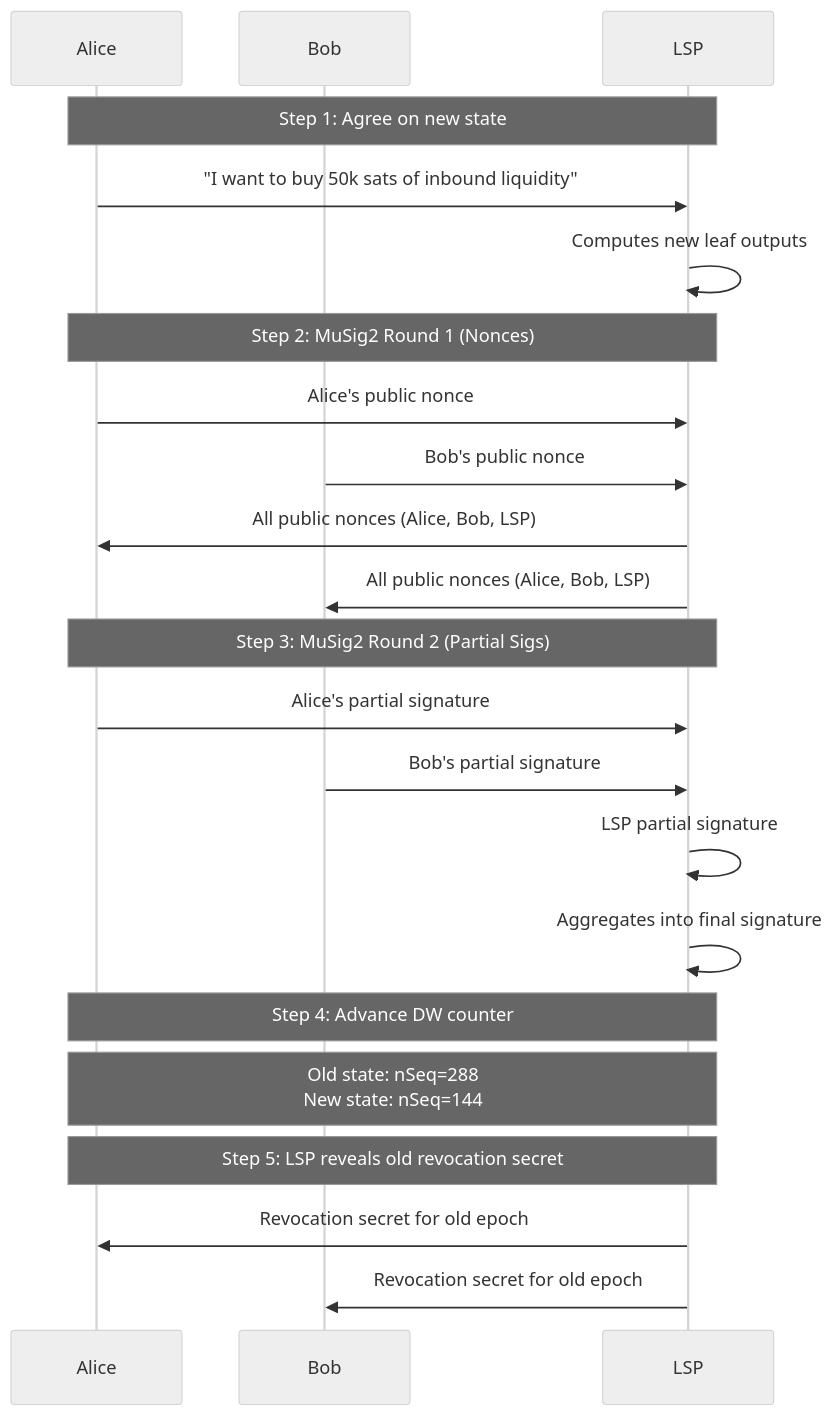
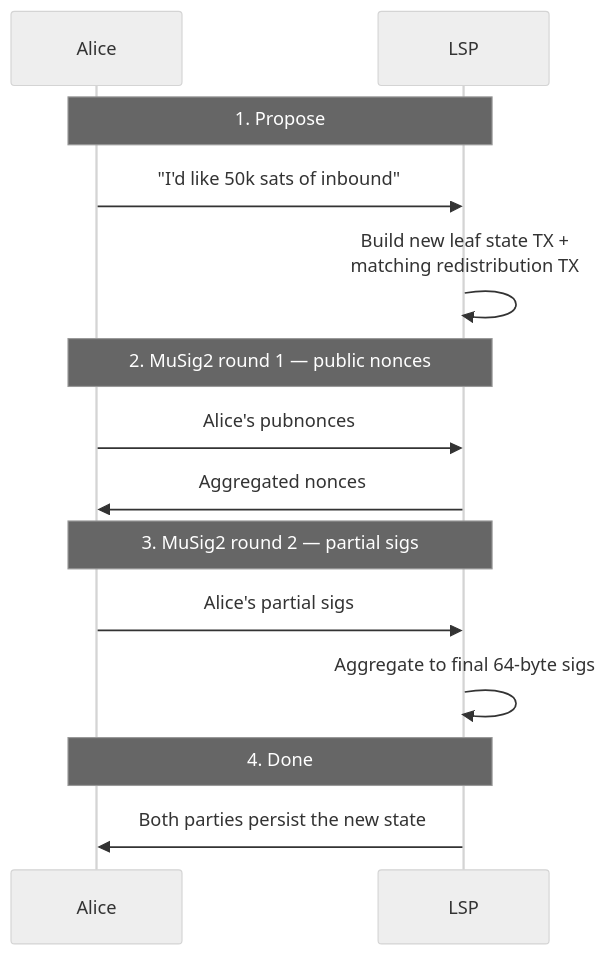
One commit to 8144225309/superscalar-docs changed the second of 2 diagrams in how-it-works/updating-state.md. Above: the diagram before and after it, drawn with Mermaid (neutral theme). The commit also changed other lines of this file and 23 other files, not shown here.

````diff
--- a/how-it-works/updating-state.md
+++ b/how-it-works/updating-state.md
@@ -45,29 +41,20 @@
 ```mermaid
 sequenceDiagram
     participant A as Alice
-    participant B as Bob
     participant L as LSP
 
-    Note over A,L: Step 1: Agree on new state
-    A->>L: "I want to buy 50k sats of inbound liquidity"
-    L->>L: Computes new leaf outputs
+    Note over A,L: 1. Propose
+    A->>L: "I'd like 50k sats of inbound"
+    L->>L: Build new leaf state TX +<br/>matching redistribution TX
 
-    Note over A,L: Step 2: MuSig2 Round 1 (Nonces)
-    A->>L: Alice's public nonce
-    B->>L: Bob's public nonce
-    L->>A: All public nonces (Alice, Bob, LSP)
-    L->>B: All public nonces (Alice, Bob, LSP)
+    Note over A,L: 2. MuSig2 round 1 — public nonces
+    A->>L: Alice's pubnonces
+    L->>A: Aggregated nonces
 
-    Note over A,L: Step 3: MuSig2 Round 2 (Partial Sigs)
-    A->>L: Alice's partial signature
-    B->>L: Bob's partial signature
-    L->>L: LSP partial signature
-    L->>L: Aggregates into final signature
+    Note over A,L: 3. MuSig2 round 2 — partial sigs
+    A->>L: Alice's partial sigs
+    L->>L: Aggregate to final 64-byte sigs
 
-    Note over A,L: Step 4: Advance DW counter
-    Note over A,L: Old state: nSeq=288<br/>New state: nSeq=144
-
-    Note over A,L: Step 5: LSP reveals old revocation secret
-    L->>A: Revocation secret for old epoch
-    L->>B: Revocation secret for old epoch
+    Note over A,L: 4. Done
+    L->>A: Both parties persist the new state
 ```
````
